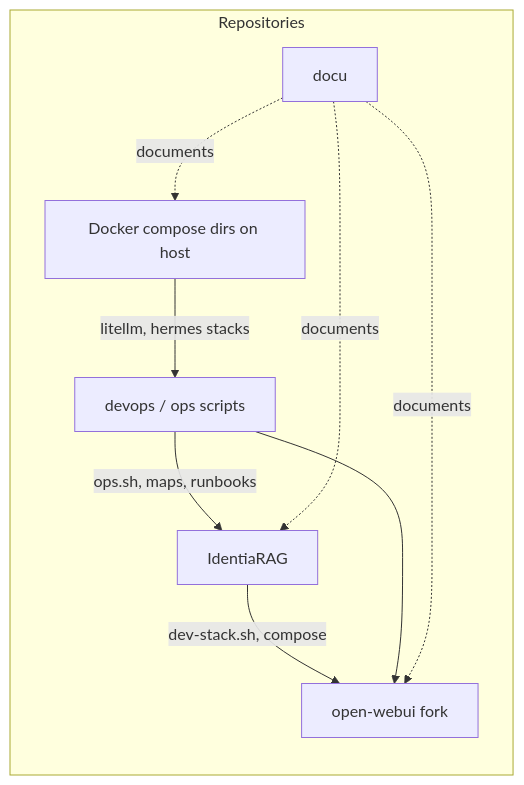
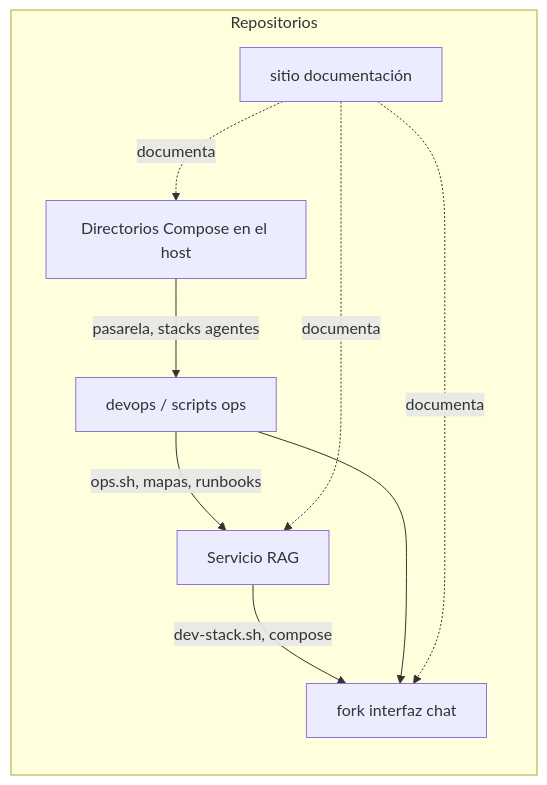
One commit to 13g4d0/docu-es changed the diagram in docs/as-built/repo-map.md. Above: the diagram before and after it, drawn with Mermaid. The commit also changed other lines of this file and 38 other files, not shown here.

First line of the commit message:
docs(es): sitio en español para Pages (docu-es)

````diff
--- a/docs/as-built/repo-map.md
+++ b/docs/as-built/repo-map.md
@@ -5,18 +5,18 @@
 ```mermaid
 flowchart LR
-  subgraph repos [Repositories]
-    IR[IdentiaRAG]
-    OW[open-webui fork]
-    DO[devops / ops scripts]
-    DC[Docker compose dirs on host]
-    DU[docu]
+  subgraph repos [Repositorios]
+    IR[Servicio RAG]
+    OW[fork interfaz chat]
+    DO[devops / scripts ops]
+    DC[Directorios Compose en el host]
+    DU[sitio documentación]
   end
 
   IR -->|"dev-stack.sh, compose"| OW
-  DO -->|"ops.sh, maps, runbooks"| IR
+  DO -->|"ops.sh, mapas, runbooks"| IR
   DO --> OW
-  DC -->|"litellm, hermes stacks"| DO
-  DU -.->|"documents"| IR
-  DU -.->|"documents"| OW
-  DU -.->|"documents"| DC
+  DC -->|"pasarela, stacks agentes"| DO
+  DU -.->|"documenta"| IR
+  DU -.->|"documenta"| OW
+  DU -.->|"documenta"| DC
 ```
````
